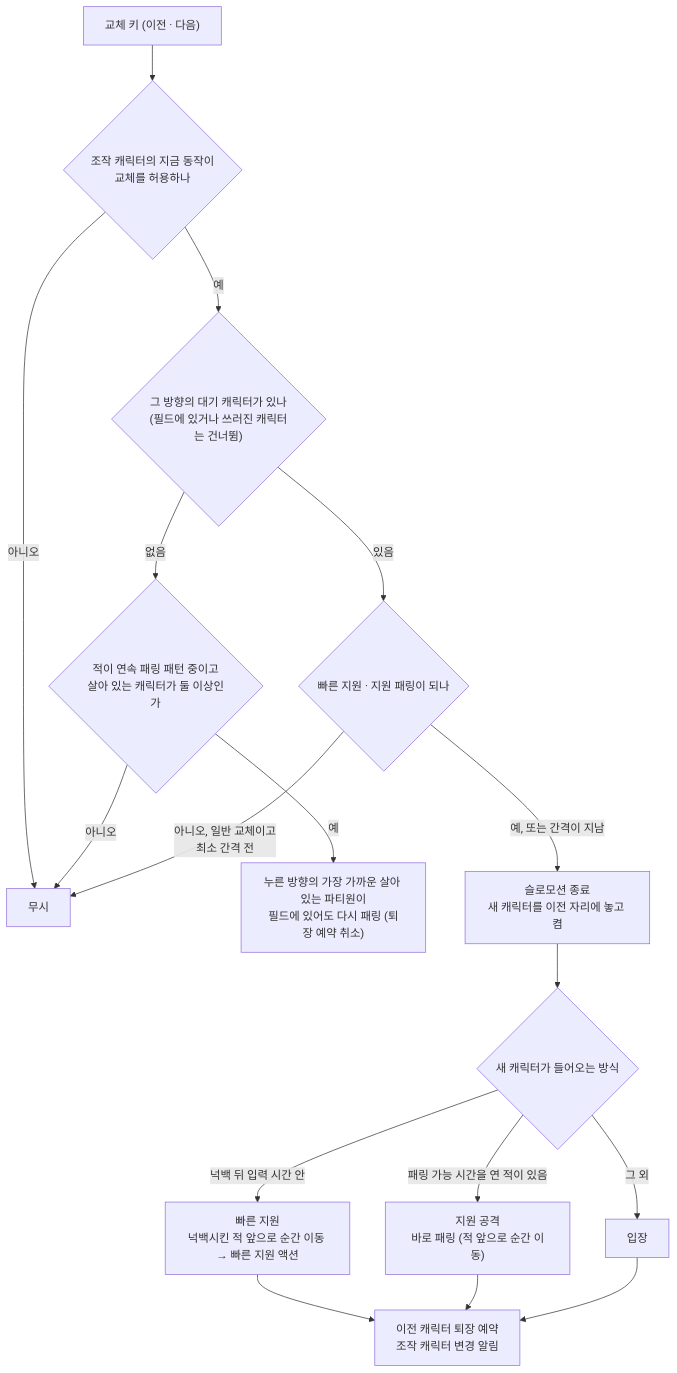
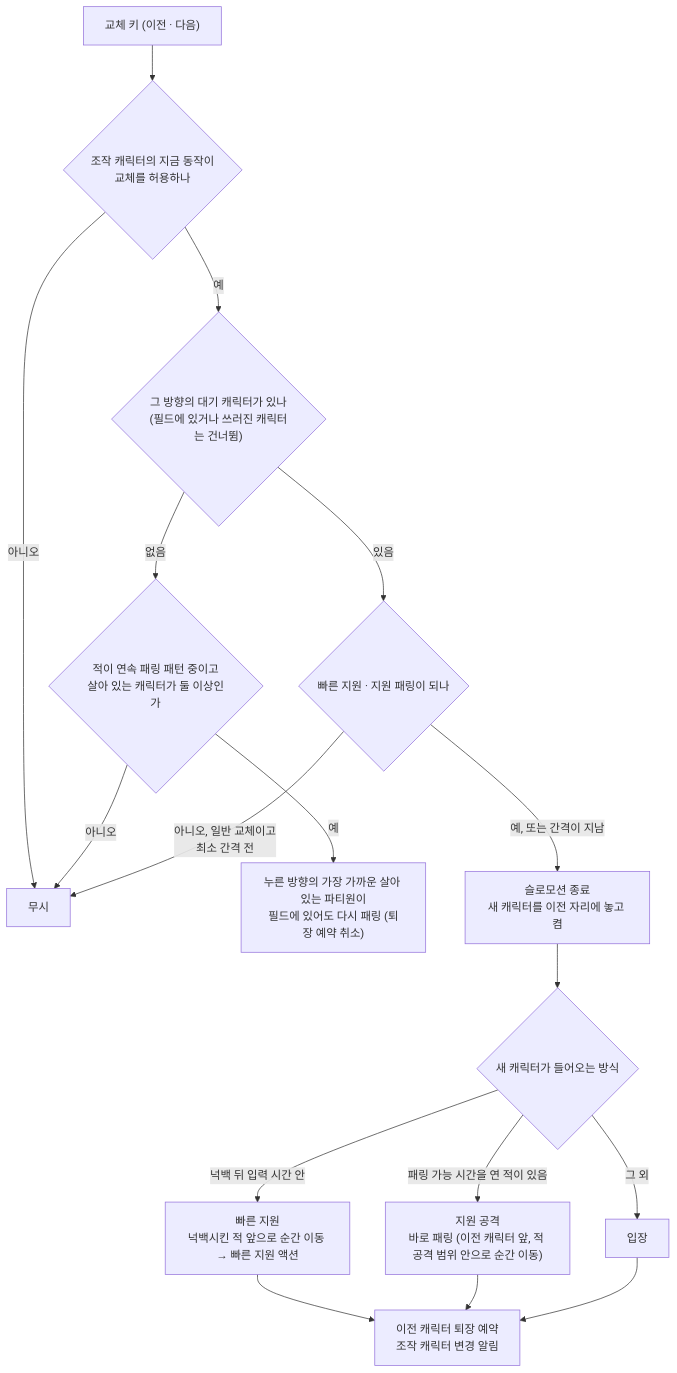
The second of 5 diagrams in Docs/Technical/Player/PlayerParty.md (SquashPrince/Develrocket_mp15_HHH), drawn with Mermaid before and after one commit. The commit also changed other lines of this file and 2 other files, not shown here.

Commit message:
[Docs] 교체 패링 위치 · 준비 유지 기술 문서 갱신
- 교체 패링 순간 이동 위치와 준비 유지 규칙을 피격 · 패링 문서에 반영
- 지원 공격 위치와 적 공격 범위 안 위치 확인을 파티 · 적 공격 문서에 반영

````diff
--- a/Docs/Technical/Player/PlayerParty.md
+++ b/Docs/Technical/Player/PlayerParty.md
@@ -44,17 +44,17 @@
 ```mermaid
 flowchart TD
     K["교체 키 (이전 · 다음)"] --> A{"조작 캐릭터의 지금 동작이<br>교체를 허용하나"}
     A -->|"아니오"| X["무시"]
     A -->|"예"| F{"그 방향의 대기 캐릭터가 있나<br>(필드에 있거나 쓰러진 캐릭터는 건너뜀)"}
     F -->|"없음"| CH{"적이 연속 패링 패턴 중이고<br>살아 있는 캐릭터가 둘 이상인가"}
     CH -->|"아니오"| X
     CH -->|"예"| RP["누른 방향의 가장 가까운 살아 있는 파티원이<br>필드에 있어도 다시 패링 (퇴장 예약 취소)"]
     F -->|"있음"| G{"빠른 지원 · 지원 패링이 되나"}
     G -->|"아니오, 일반 교체이고<br>최소 간격 전"| X
     G -->|"예, 또는 간격이 지남"| S["슬로모션 종료<br>새 캐릭터를 이전 자리에 놓고 켬"]
     S --> D{"새 캐릭터가 들어오는 방식"}
     D -->|"넉백 뒤 입력 시간 안"| Q["빠른 지원<br>넉백시킨 적 앞으로 순간 이동 → 빠른 지원 액션"]
-    D -->|"패링 가능 시간을 연 적이 있음"| PA["지원 공격<br>바로 패링 (적 앞으로 순간 이동)"]
+    D -->|"패링 가능 시간을 연 적이 있음"| PA["지원 공격<br>바로 패링 (이전 캐릭터 앞, 적 공격 범위 안으로 순간 이동)"]
     D -->|"그 외"| IN["입장"]
     Q & PA & IN --> O["이전 캐릭터 퇴장 예약<br>조작 캐릭터 변경 알림"]
 ```
````
